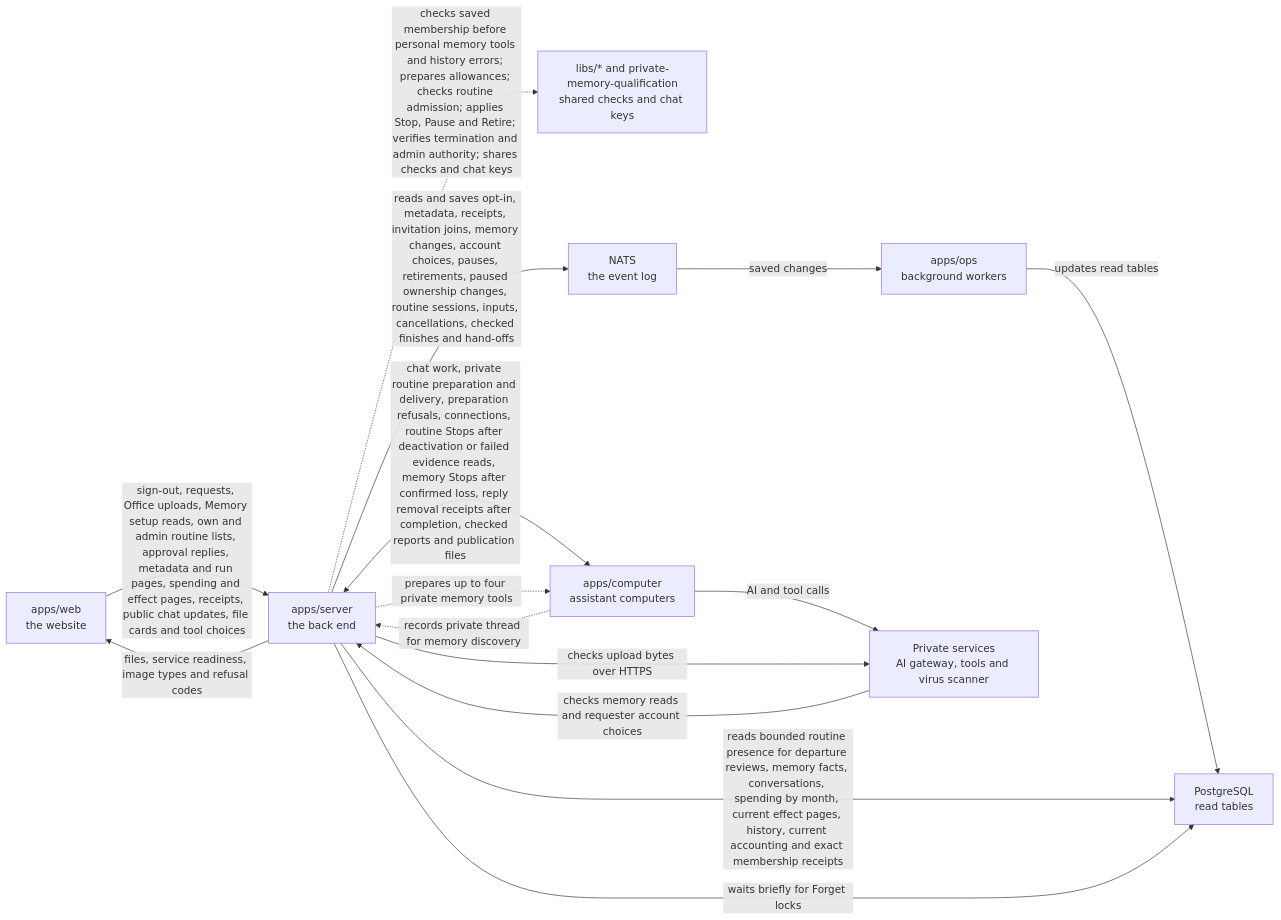
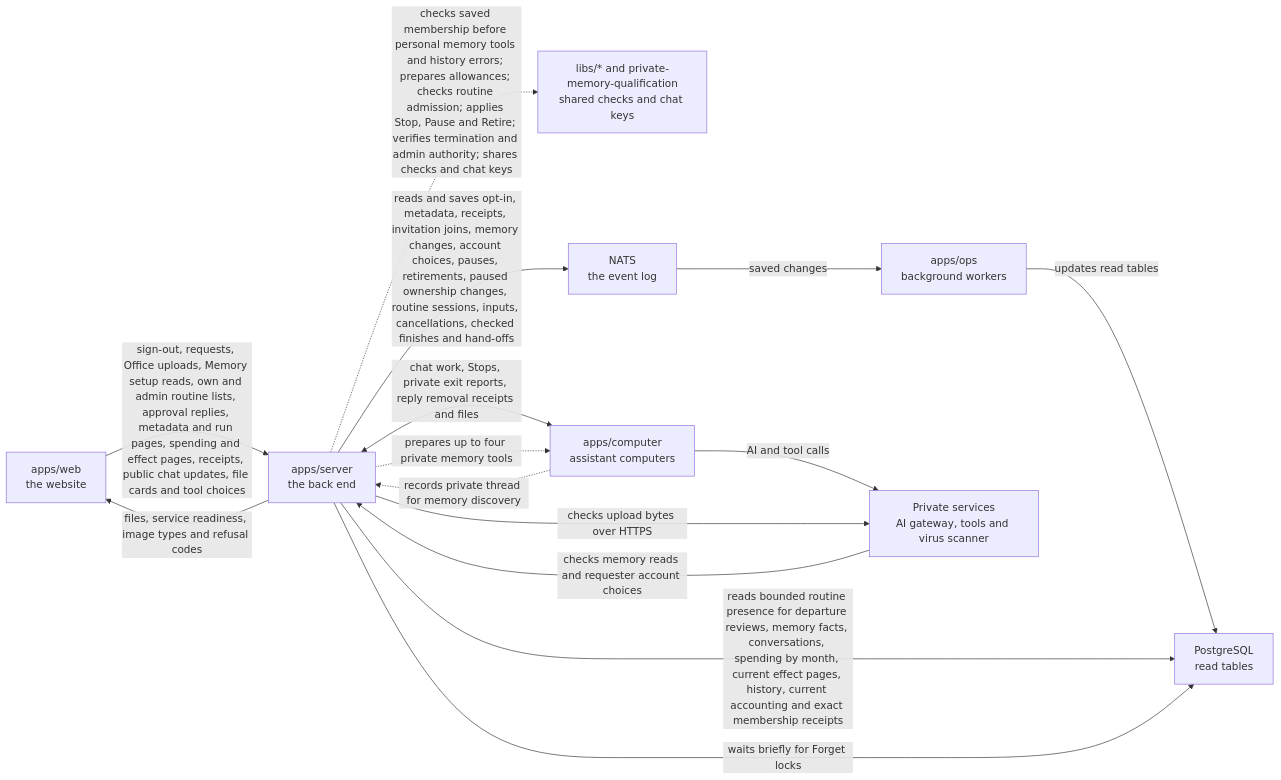
The diagram in apps/server/README.md (elewa-git/opencrane-new), drawn with Mermaid before and after one commit. The commit also changed other lines of this file and 30 other files, not shown here.

Commit message:
🧹 Reconcile closed private turns after process exit

````diff
--- a/apps/server/README.md
+++ b/apps/server/README.md
@@ -183,17 +186,17 @@
 ```mermaid
 flowchart LR
   web["apps/web<br/>the website"] -->|sign-out, requests, Office uploads, Memory setup reads, own and admin routine lists, approval replies, metadata and run pages, spending and effect pages, receipts, public chat updates, file cards and tool choices| server["apps/server<br/>the back end"]
   server -.->|checks saved membership before personal memory tools and history errors; prepares allowances; checks routine admission; applies Stop, Pause and Retire; verifies termination and admin authority; shares checks and chat keys| libs["libs/* and private-memory-qualification<br/>shared checks and chat keys"]
   server -->|reads and saves opt-in, metadata, receipts, invitation joins, memory changes, account choices, pauses, retirements, paused ownership changes, routine sessions, inputs, cancellations, checked finishes and hand-offs| nats["NATS<br/>the event log"]
   nats -->|saved changes| ops["apps/ops<br/>background workers"]
   ops -->|updates read tables| postgres["PostgreSQL<br/>read tables"]
   server -->|reads bounded routine presence for departure reviews, memory facts, conversations, spending by month, current effect pages, history, current accounting and exact membership receipts| postgres
   server -->|waits briefly for Forget locks| postgres
-  server <-->|chat work, private routine preparation and delivery, preparation refusals, connections, routine Stops after deactivation or failed evidence reads, memory Stops after confirmed loss, reply removal receipts after completion, checked reports and publication files| computer["apps/computer<br/>assistant computers"]
+  server <-->|chat work, Stops, private exit reports, reply removal receipts and files| computer["apps/computer<br/>assistant computers"]
   computer -.->|records private thread for memory discovery| server
   server -.->|prepares up to four private memory tools| computer
   computer -->|AI and tool calls| runtime["Private services<br/>AI gateway, tools and virus scanner"]
   server -->|files, service readiness, image types and refusal codes| web
   server -->|checks upload bytes over HTTPS| runtime
   runtime -->|checks memory reads and requester account choices| server
 ```
````
